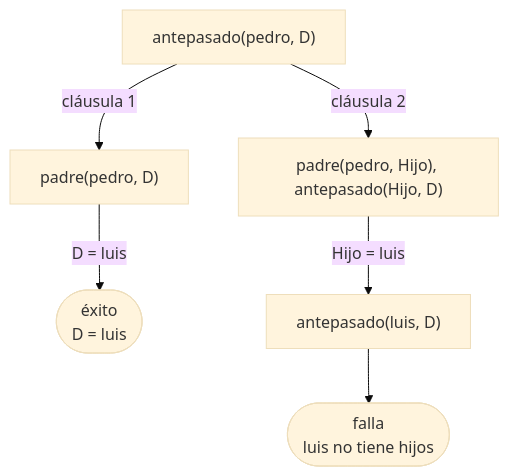
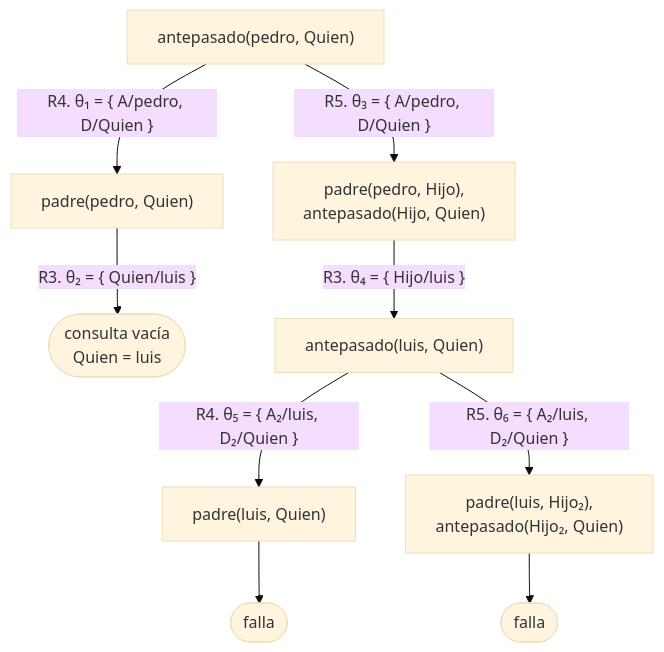
One commit to CesarBallardini/curso-de-prolog changed the second of 9 diagrams in docs/capitulo-05-como-responde-prolog/soluciones.md. Above: the diagram before and after it, drawn with Mermaid (base theme). The commit also changed other lines of this file and 214 other files, not shown here.

````diff
--- a/docs/capitulo-05-como-responde-prolog/soluciones.md
+++ b/docs/capitulo-05-como-responde-prolog/soluciones.md
@@ -30,8 +35,11 @@
 ```mermaid
 flowchart TD
-    A["antepasado(pedro, D)"] -- "cláusula 1" --> B["padre(pedro, D)"]
-    A -- "cláusula 2" --> C["padre(pedro, Hijo), antepasado(Hijo, D)"]
-    B -- "D = luis" --> D(["éxito<br/>D = luis"])
-    C -- "Hijo = luis" --> E["antepasado(luis, D)"]
-    E --> F(["falla<br/>luis no tiene hijos"])
+    A["antepasado(pedro, Quien)"] -- "R4. θ₁ = {&nbsp;A/pedro, D/Quien&nbsp;}" --> B["padre(pedro, Quien)"]
+    A -- "R5. θ₃ = {&nbsp;A/pedro, D/Quien&nbsp;}" --> C["padre(pedro, Hijo),<br/>antepasado(Hijo, Quien)"]
+    B -- "R3. θ₂ = {&nbsp;Quien/luis&nbsp;}" --> D(["consulta vacía<br/>Quien = luis"])
+    C -- "R3. θ₄ = {&nbsp;Hijo/luis&nbsp;}" --> E["antepasado(luis, Quien)"]
+    E -- "R4. θ₅ = {&nbsp;A₂/luis, D₂/Quien&nbsp;}" --> E1["padre(luis, Quien)"]
+    E -- "R5. θ₆ = {&nbsp;A₂/luis, D₂/Quien&nbsp;}" --> E2["padre(luis, Hijo₂),<br/>antepasado(Hijo₂, Quien)"]
+    E1 --> F1(["falla"])
+    E2 --> F2(["falla"])
 ```
````
